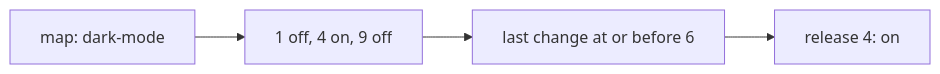
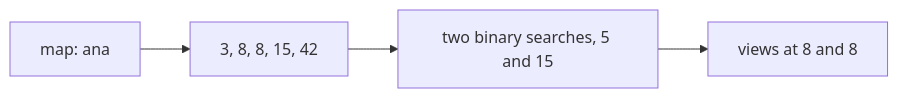
The fourth of 4 diagrams in guides/designing-with-hash-maps/guide.md (bkuberek/coding-study), drawn with Mermaid before and after one commit. The commit also changed other lines of this file and 12 other files, not shown here.

````diff
--- a/guides/designing-with-hash-maps/guide.md
+++ b/guides/designing-with-hash-maps/guide.md
@@ -216,6 +212,6 @@
 ```mermaid
 flowchart LR
-  accTitle: Looking up a flag's value in release 6
-  accDescr: The map finds the history of dark-mode, which holds off at release 1, on at release 4 and off at release 9. Binary search finds the last change at or before release 6, which is release 4, so the value is on.
-  map["map: dark-mode"] --> history["1 off, 4 on, 9 off"] --> search["last change at or before 6"] --> answer["release 4: on"]
+  accTitle: Finding the views of ana between minutes 5 and 15
+  accDescr: The map finds ana's views at minutes 3, 8, 8, 15 and 42. Binary search finds the first view at or after minute 5 and the first at or after minute 15. The views between those two positions, at minutes 8 and 8, are the answer.
+  map["map: ana"] --> views["3, 8, 8, 15, 42"] --> search["two binary searches, 5 and 15"] --> slice["views at 8 and 8"]
 ```
````
